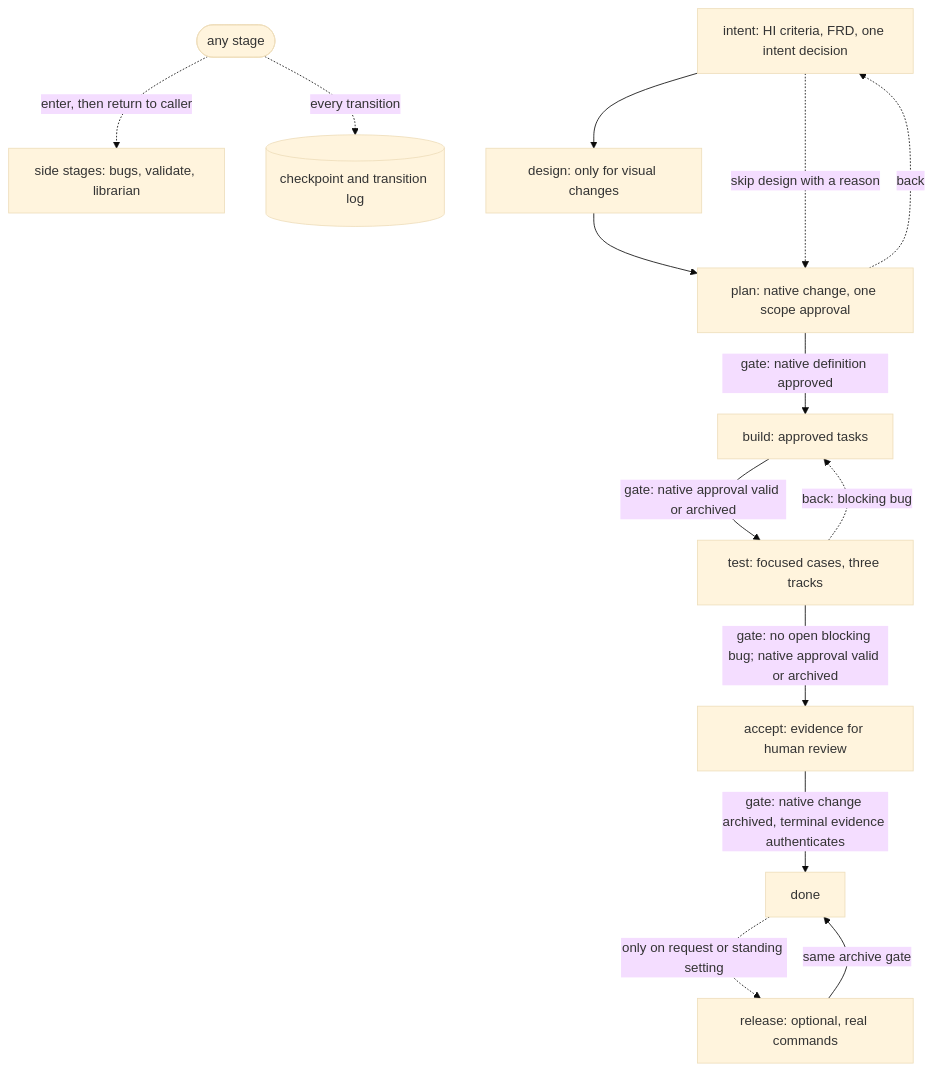
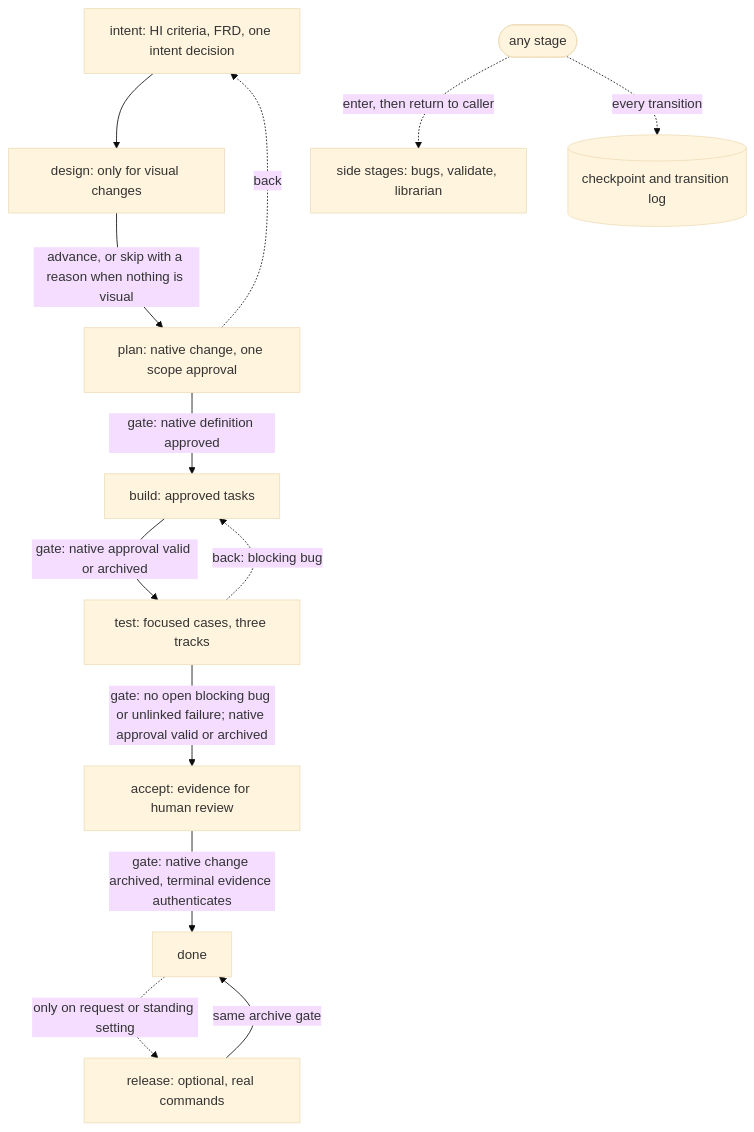
One commit to CorvidLabs/chough changed the diagram in docs/diagrams/stages.mmd. Above: the diagram before and after it, drawn with Mermaid (base theme). The commit also changed 23 other files, not shown here.

```diff
--- a/docs/diagrams/stages.mmd
+++ b/docs/diagrams/stages.mmd
@@ -1,19 +1,18 @@
 ---
 config:
   flowchart:
     htmlLabels: true
 ---
 flowchart TB
     intent["intent: HI criteria, FRD, one intent decision"] --> design["design: only for visual changes"]
-    intent -. "skip design with a reason" .-> plan
-    design --> plan["plan: native change, one scope approval"]
+    design -->|"advance, or skip with a reason when nothing is visual"| plan["plan: native change, one scope approval"]
     plan -->|"gate: native definition approved"| build["build: approved tasks"]
     build -->|"gate: native approval valid or archived"| test["test: focused cases, three tracks"]
-    test -->|"gate: no open blocking bug; native approval valid or archived"| accept["accept: evidence for human review"]
+    test -->|"gate: no open blocking bug or unlinked failure; native approval valid or archived"| accept["accept: evidence for human review"]
     accept -->|"gate: native change archived, terminal evidence authenticates"| done["done"]
     done -. "only on request or standing setting" .-> release["release: optional, real commands"]
     release -->|"same archive gate"| done
     test -. "back: blocking bug" .-> build
     plan -. "back" .-> intent
     any(["any stage"]) -. "enter, then return to caller" .-> side["side stages: bugs, validate, librarian"]
     any -. "every transition" .-> checkpoint[("checkpoint and transition log")]
```
